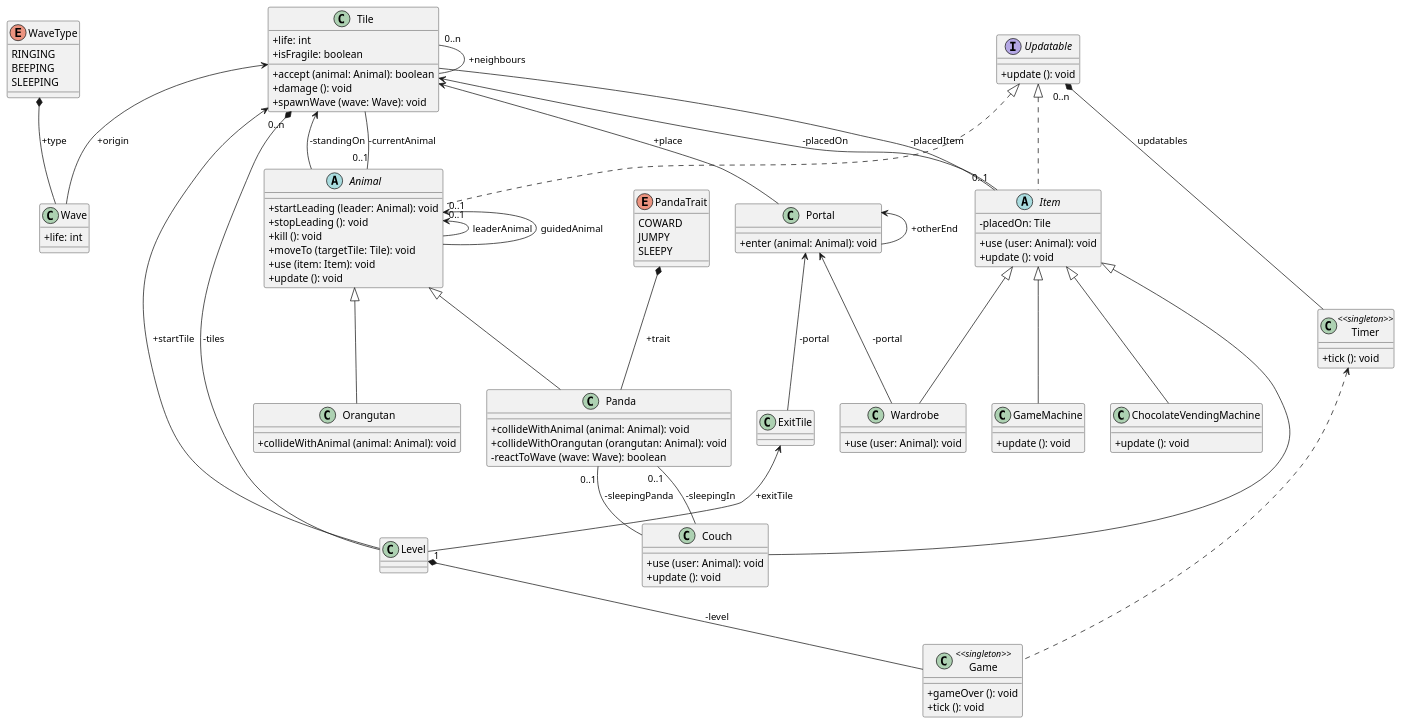
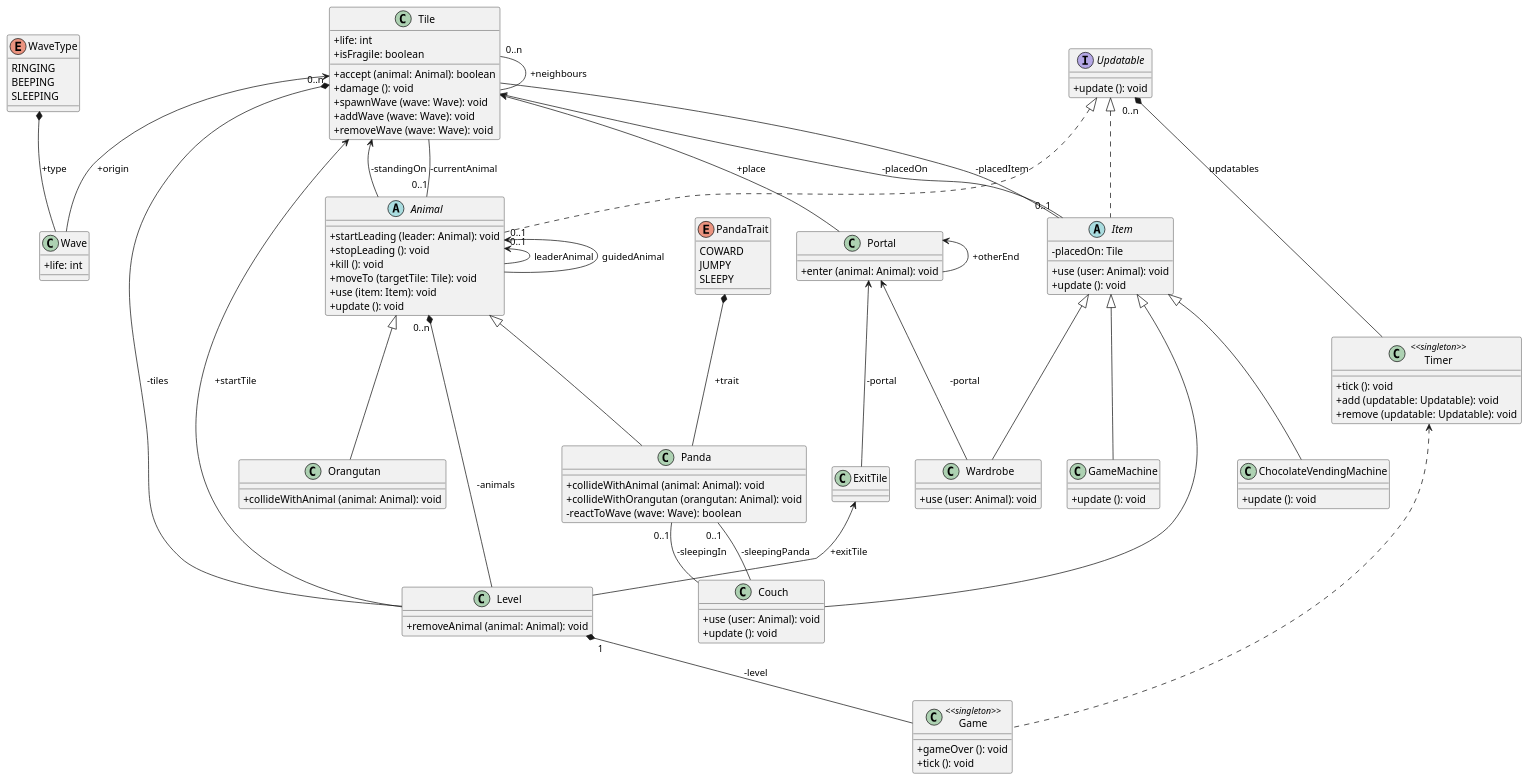
One commit to bokovhu/software-project-laboratory-assignment changed the diagram in 3-analysis-modell/java/src/main/plantuml/ClassDiagram.puml. Above: the diagram before and after it, drawn with PlantUML. The commit also changed 10 other files, not shown here.

Commit message:
Finalized class diagram and made sequence diagrams

```diff
--- a/3-analysis-modell/java/src/main/plantuml/ClassDiagram.puml
+++ b/3-analysis-modell/java/src/main/plantuml/ClassDiagram.puml
@@ -1,163 +1,169 @@
 @startuml
 
 skinparam classAttributeIconSize 0
 skinparam guillemet false
 
 ' =====
 ' Enums
 ' =====
 
 enum WaveType {
     RINGING
     BEEPING
     SLEEPING
 }
 
 enum PandaTrait {
     COWARD
     JUMPY
     SLEEPY
 }
 
 ' ==========
 ' Interfaces
 ' ==========
 
 interface Updatable {
     +update (): void
 }
 
 ' =======
 ' Classes
 ' =======
 
 class Timer <<singleton>> {
     +tick (): void
+    +add (updatable: Updatable): void
+    +remove (updatable: Updatable): void
 }
 
 class Game <<singleton>> {
     +gameOver (): void
     +tick (): void
 }
 
 class Level {
+    +removeAnimal (animal: Animal): void
 }
 
 class Tile {
     +life: int
     +isFragile: boolean
     +accept (animal: Animal): boolean
     +damage (): void
     +spawnWave (wave: Wave): void
+    +addWave (wave: Wave): void
+    +removeWave (wave: Wave): void
 }
 
 class ExitTile {
 }
 
 abstract class Animal {
     +startLeading (leader: Animal): void
     +stopLeading (): void
     +kill (): void
     +moveTo (targetTile: Tile): void
     +use (item: Item): void
     +update (): void
 }
 
 abstract class Item {
     -placedOn: Tile
     +use (user: Animal): void
     +update (): void
 }
 
 class Panda {
     +collideWithAnimal (animal: Animal): void
     +collideWithOrangutan (orangutan: Animal): void
     -reactToWave (wave: Wave): boolean
 }
 
 class Orangutan {
     +collideWithAnimal (animal: Animal): void
 }
 
 class Couch {
     +use (user: Animal): void
     +update (): void
 }
 
 class GameMachine {
     +update (): void
 }
 
 class ChocolateVendingMachine {
     +update (): void
 }
 
 class Wardrobe {
     +use (user: Animal): void
 }
 
 class Portal {
     +enter (animal: Animal): void
 }
 
 class Wave {
     +life: int
 }
 
 ' ===========
 ' Inheritance
 ' ===========
 
 Updatable <|.. Animal
 Updatable <|.. Item
 
 Animal <|-- Panda
 Animal <|-- Orangutan
 
 Item <|-- Couch
 Item <|-- GameMachine
 Item <|-- ChocolateVendingMachine
 Item <|-- Wardrobe
 
 ' ============
 ' Compositions
 ' ============
 
 Updatable "0..n" *-- Timer : updatables
 Tile "0..n" *-- Level : -tiles
+Animal "0..n" *-- Level : -animals
 Level "1" *-- Game: -level
 WaveType *-- Wave : +type
 PandaTrait *-- Panda : +trait
 
 ' ============
 ' Associations
 ' ============
 
 Tile "0..n" -- Tile : +neighbours
 
 Tile <-- Animal : -standingOn
 Animal "0..1" -- Tile : -currentAnimal
 
 Animal "0..1" <-- Animal : leaderAnimal
 Animal "0..1" <-- Animal : guidedAnimal
 
 Tile <-- Item : -placedOn
 Item "0..1" -- Tile : -placedItem
 
 Panda "0..1" -- Couch : -sleepingPanda
 Couch -- "0..1" Panda : -sleepingIn
 
 Tile <-- Wave : +origin
 
 Portal <-- Portal : +otherEnd
 Tile <-- Portal : +place
 
 Portal <-- ExitTile : -portal
 Portal <-- Wardrobe : -portal
 
 Timer <.. Game
 
 Tile <-- Level : +startTile
 ExitTile <-- Level : +exitTile
 
 @enduml
```
